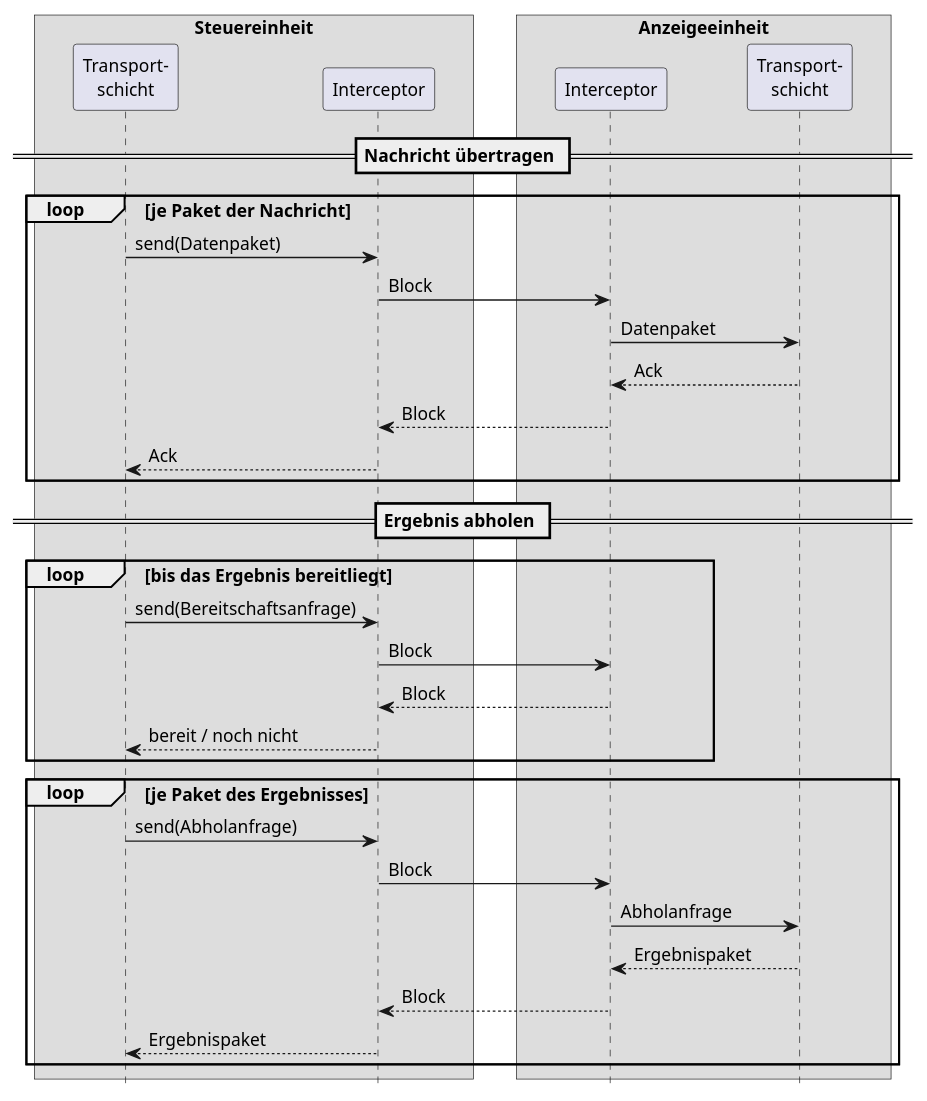
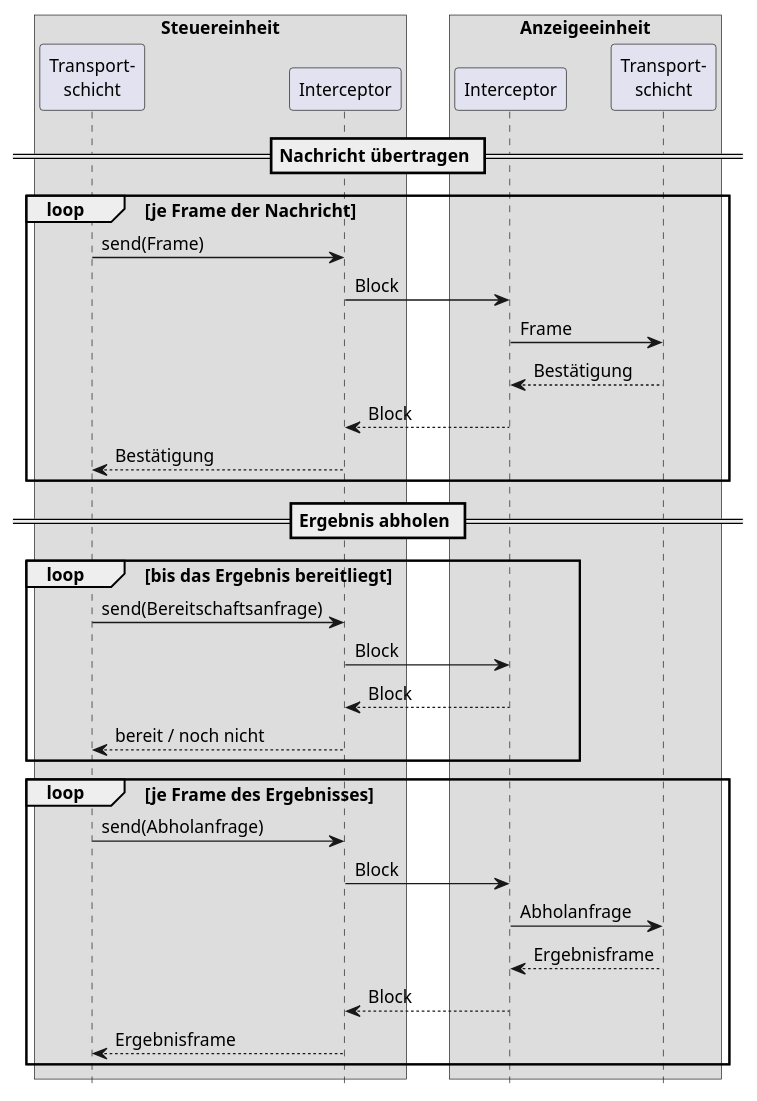
Before and after one commit to K1ngGrim/master-pa-legolab: the diagram in thesis/figures/puml/interceptor_seq.puml, drawn with PlantUML. The commit also changed 3 other files, not shown here.

```diff
--- a/thesis/figures/puml/interceptor_seq.puml
+++ b/thesis/figures/puml/interceptor_seq.puml
@@ -1,54 +1,53 @@
 @startuml interceptor_ablauf
 ' Ablauf eines Aufrufs an der Interceptor-Schnittstelle.
 ' Bewusst ohne Feldnamen, Opcodes und Byte-Angaben: gezeigt wird allein, dass
 ' sich jede Interaktion auf dieselbe Operation zurueckfuehren laesst und dass
 ' jede von der Steuereinheit ausgeht.
 
 skinparam backgroundColor transparent
 skinparam shadowing false
 skinparam defaultFontName "Helvetica"
 skinparam defaultFontSize 13
-skinparam ParticipantPadding 25
 skinparam BoxPadding 15
 hide footbox
 
 box "Steuereinheit"
   participant "Transport-\nschicht" as TC
   participant "Interceptor" as IC
 end box
 
 box "Anzeigeeinheit"
   participant "Interceptor" as ID
   participant "Transport-\nschicht" as TD
 end box
 
 == Nachricht übertragen ==
 
-loop je Paket der Nachricht
-  TC  ->  IC : send(Datenpaket)
+loop je Frame der Nachricht
+  TC  ->  IC : send(Frame)
   IC  ->  ID : Block
-  ID  ->  TD : Datenpaket
-  TD --> ID  : Ack
+  ID  ->  TD : Frame
+  TD --> ID  : Bestätigung
   ID --> IC  : Block
-  IC --> TC  : Ack
+  IC --> TC  : Bestätigung
 end
 
 == Ergebnis abholen ==
 
 loop bis das Ergebnis bereitliegt
   TC  ->  IC : send(Bereitschaftsanfrage)
   IC  ->  ID : Block
   ID --> IC  : Block
   IC --> TC  : bereit / noch nicht
 end
 
-loop je Paket des Ergebnisses
+loop je Frame des Ergebnisses
   TC  ->  IC : send(Abholanfrage)
   IC  ->  ID : Block
   ID  ->  TD : Abholanfrage
-  TD --> ID  : Ergebnispaket
+  TD --> ID  : Ergebnisframe
   ID --> IC  : Block
-  IC --> TC  : Ergebnispaket
+  IC --> TC  : Ergebnisframe
 end
 
 @enduml
```
